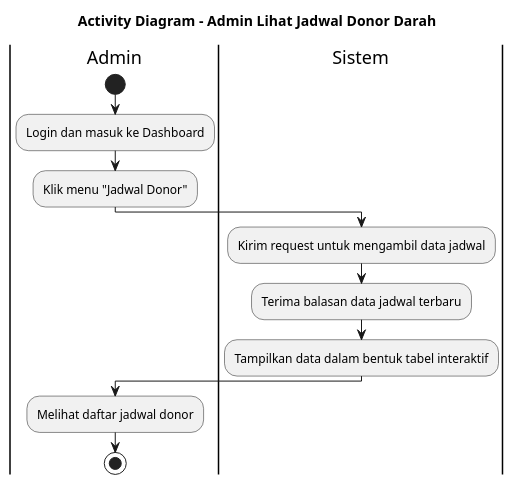
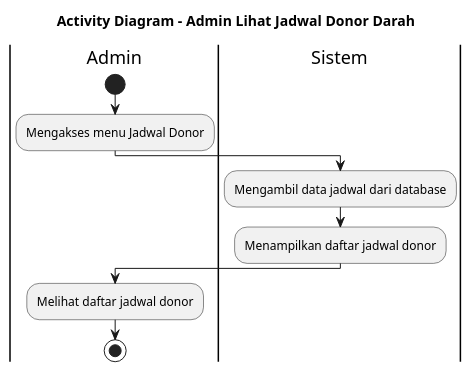
The diagram in diagram/adminkelolajadwal/activitydiagram_admin_lihatjadwal.puml (jaddu17/capstonepmikp), drawn with PlantUML before and after one commit. The commit also changed 11 other files, not shown here.

```diff
--- a/diagram/adminkelolajadwal/activitydiagram_admin_lihatjadwal.puml
+++ b/diagram/adminkelolajadwal/activitydiagram_admin_lihatjadwal.puml
@@ -1,18 +1,16 @@
 @startuml ACTIVITY_DIAGRAM_ADMIN_LIHATJADWAL
 title Activity Diagram - Admin Lihat Jadwal Donor Darah
 
 |Admin|
 start
-:Login dan masuk ke Dashboard;
-:Klik menu "Jadwal Donor";
+:Mengakses menu Jadwal Donor;
 
 |Sistem|
-:Kirim request untuk mengambil data jadwal;
-:Terima balasan data jadwal terbaru;
-:Tampilkan data dalam bentuk tabel interaktif;
+:Mengambil data jadwal dari database;
+:Menampilkan daftar jadwal donor;
 
 |Admin|
 :Melihat daftar jadwal donor;
 stop
 
 @enduml
```
